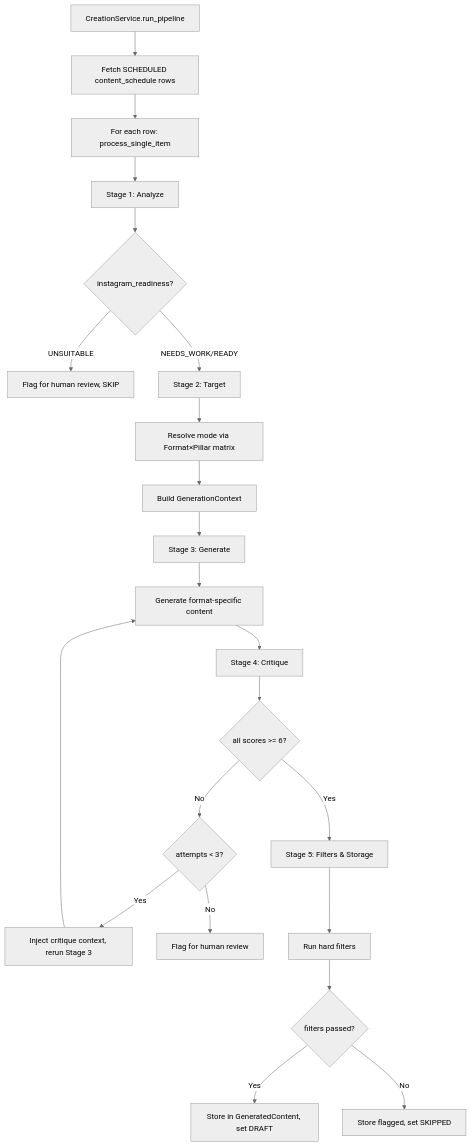
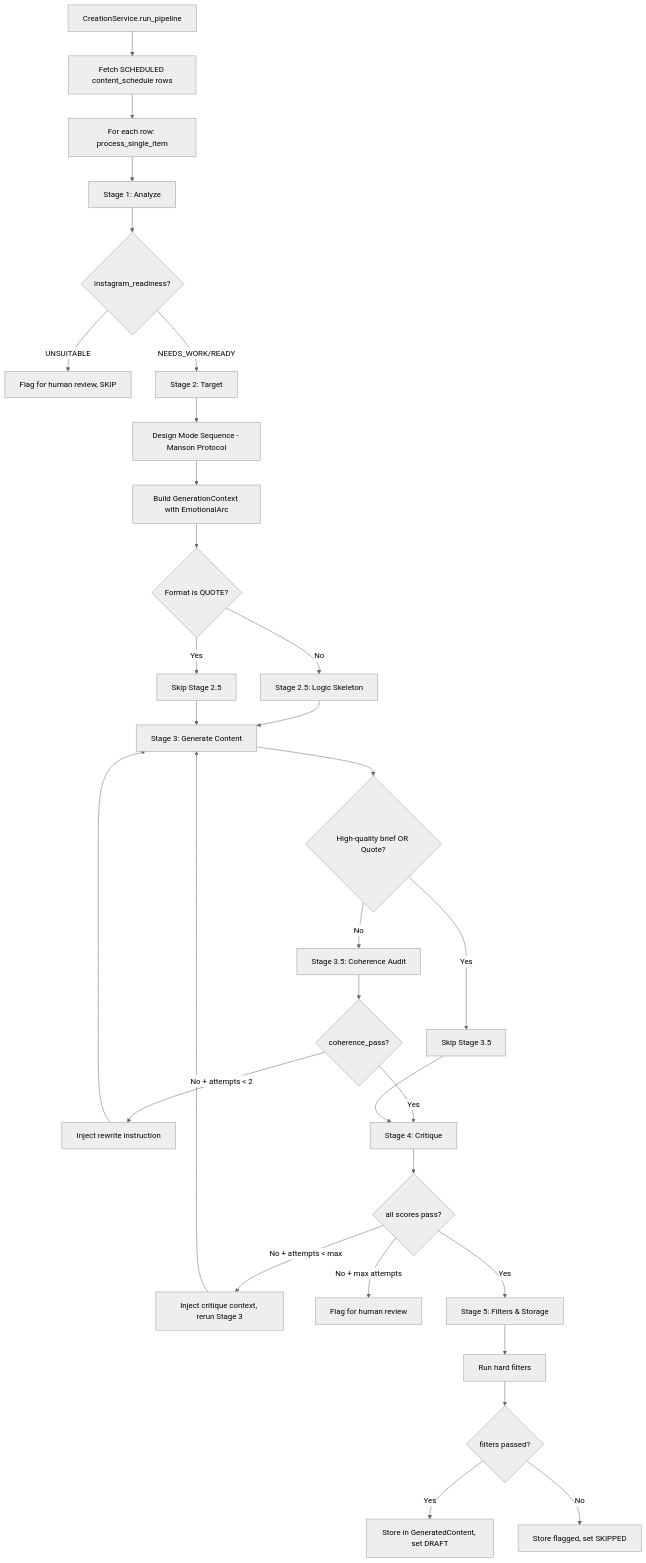
The sixth of 8 diagrams in docs/PRISMATIC_ENGINE_DOCUMENTATION.md (Aditya-kr-jha/Prismatic-Engine), drawn with Mermaid (neutral theme) before and after one commit. The commit also changed other lines of this file and 16 other files, not shown here.

````diff
--- a/docs/PRISMATIC_ENGINE_DOCUMENTATION.md
+++ b/docs/PRISMATIC_ENGINE_DOCUMENTATION.md
@@ -996,29 +997,39 @@
 ```mermaid
 flowchart TD
     A[CreationService.run_pipeline] --> B[Fetch SCHEDULED content_schedule rows]
     B --> C[For each row: process_single_item]
     
     C --> D[Stage 1: Analyze]
     D --> E{instagram_readiness?}
     E -->|UNSUITABLE| F[Flag for human review, SKIP]
     E -->|NEEDS_WORK/READY| G[Stage 2: Target]
     
-    G --> H[Resolve mode via Format×Pillar matrix]
-    H --> I[Build GenerationContext]
-    I --> J[Stage 3: Generate]
+    G --> H[Design Mode Sequence - Manson Protocol]
+    H --> I[Build GenerationContext with EmotionalArc]
+    I --> J{Format is QUOTE?}
+    J -->|Yes| K[Skip Stage 2.5]
+    J -->|No| L[Stage 2.5: Logic Skeleton]
     
-    J --> K[Generate format-specific content]
-    K --> L[Stage 4: Critique]
+    L --> M[Stage 3: Generate Content]
+    K --> M
+    M --> N{High-quality brief OR Quote?}
+    N -->|Yes| O[Skip Stage 3.5]
+    N -->|No| P[Stage 3.5: Coherence Audit]
     
-    L --> M{all scores >= 6?}
-    M -->|No| N{attempts < 3?}
-    N -->|Yes| O[Inject critique context, rerun Stage 3]
-    O --> K
-    N -->|No| P[Flag for human review]
-    M -->|Yes| Q[Stage 5: Filters & Storage]
+    P --> Q{coherence_pass?}
+    Q -->|No + attempts < 2| R[Inject rewrite instruction]
+    R --> M
+    Q -->|Yes| S[Stage 4: Critique]
+    O --> S
     
-    Q --> R[Run hard filters]
-    R --> S{filters passed?}
-    S -->|Yes| T[Store in GeneratedContent, set DRAFT]
-    S -->|No| U[Store flagged, set SKIPPED]
+    S --> T{all scores pass?}
+    T -->|No + attempts < max| U[Inject critique context, rerun Stage 3]
+    U --> M
+    T -->|No + max attempts| V[Flag for human review]
+    T -->|Yes| W[Stage 5: Filters & Storage]
+    
+    W --> X[Run hard filters]
+    X --> Y{filters passed?}
+    Y -->|Yes| Z[Store in GeneratedContent, set DRAFT]
+    Y -->|No| AA[Store flagged, set SKIPPED]
 ```
````
